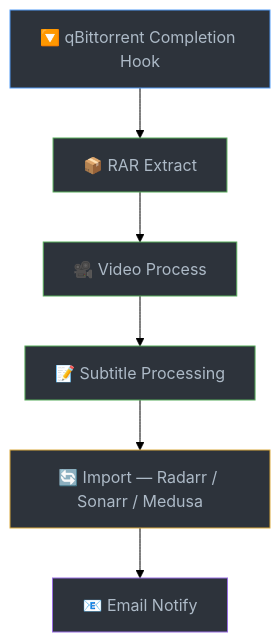
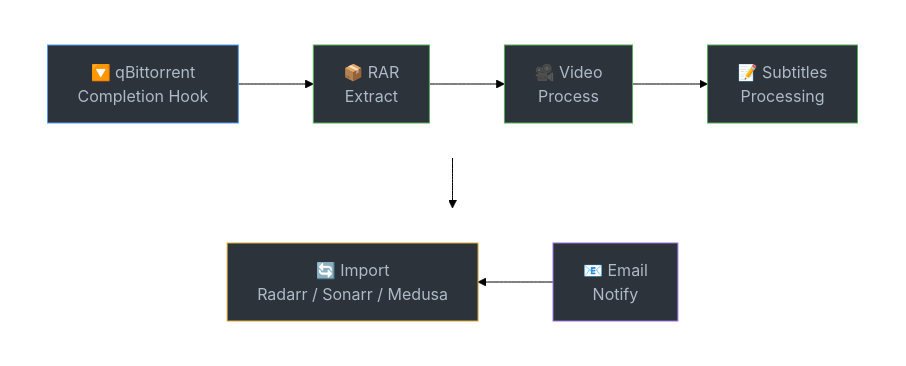
Before and after one commit to Rouzax/Stagearr-ps: the diagram in README.md, drawn with Mermaid (forest theme).

Commit message:
Use two-row pipeline diagram matching original ASCII layout
Top row flows right (qBittorrent → RAR → Video → Subtitles),
drops down, bottom row flows left (Import ← Email).

````diff
--- a/README.md
+++ b/README.md
@@ -20,15 +20,23 @@
 ```mermaid
-graph TD
-    A["🔽 qBittorrent Completion Hook"] --> B["📦 RAR Extract"]
-    B --> C["🎥 Video Process"]
-    C --> D["📝 Subtitle Processing"]
-    D --> E["🔄 Import — Radarr / Sonarr / Medusa"]
-    E --> F["📧 Email Notify"]
+graph TB
+    subgraph row1[" "]
+        direction LR
+        A["🔽 qBittorrent<br/>Completion Hook"] --> B["📦 RAR<br/>Extract"]
+        B --> C["🎥 Video<br/>Process"]
+        C --> D["📝 Subtitles<br/>Processing"]
+    end
+    subgraph row2[" "]
+        direction RL
+        F["📧 Email<br/>Notify"] --> E["🔄 Import<br/>Radarr / Sonarr / Medusa"]
+    end
+    D --> E
 
     style A fill:#2d333b,stroke:#539bf5,color:#adbac7
     style B fill:#2d333b,stroke:#57ab5a,color:#adbac7
     style C fill:#2d333b,stroke:#57ab5a,color:#adbac7
     style D fill:#2d333b,stroke:#57ab5a,color:#adbac7
     style E fill:#2d333b,stroke:#daaa3f,color:#adbac7
     style F fill:#2d333b,stroke:#986ee2,color:#adbac7
+    style row1 fill:none,stroke:none
+    style row2 fill:none,stroke:none
 ```
````
